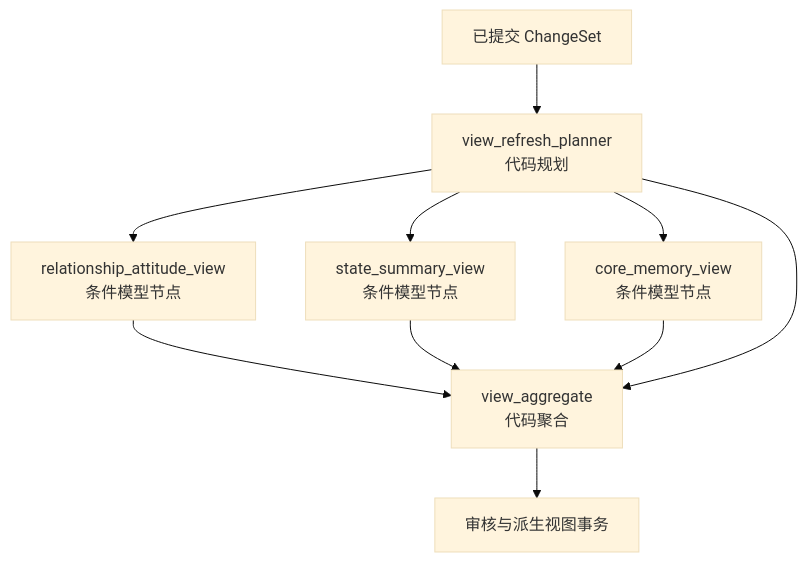
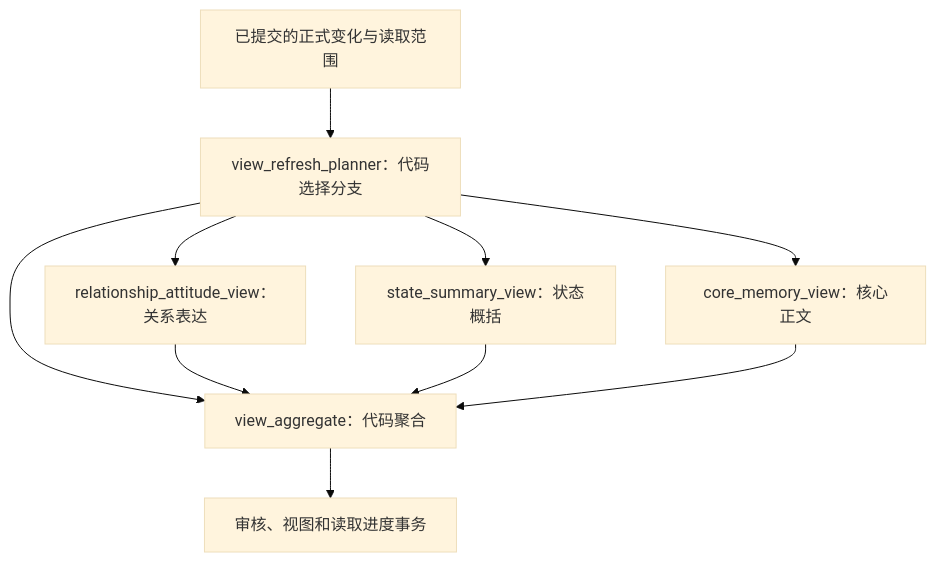
One commit to Weilan0811/echo-commons changed the diagram in server/docs/design/reflection/view-refresh.md. Above: the diagram before and after it, drawn with Mermaid (base theme). The commit also changed other lines of this file and 25 other files, not shown here.

````diff
--- a/server/docs/design/reflection/view-refresh.md
+++ b/server/docs/design/reflection/view-refresh.md
@@ -11,12 +19,12 @@
 ```mermaid
 flowchart TD
-  C[已提交 ChangeSet] --> P[view_refresh_planner<br/>代码规划]
-  P --> R[relationship_attitude_view<br/>条件模型节点]
-  P --> S[state_summary_view<br/>条件模型节点]
-  P --> M[core_memory_view<br/>条件模型节点]
-  R --> A[view_aggregate<br/>代码聚合]
-  S --> A
-  M --> A
-  P --> A
-  A --> Review[审核与派生视图事务]
+    B[已提交的正式变化与读取范围] --> P[view_refresh_planner：代码选择分支]
+    P --> R[relationship_attitude_view：关系表达]
+    P --> S[state_summary_view：状态概括]
+    P --> C[core_memory_view：核心正文]
+    P --> A[view_aggregate：代码聚合]
+    R --> A
+    S --> A
+    C --> A
+    A --> W[审核、视图和读取进度事务]
 ```
````
